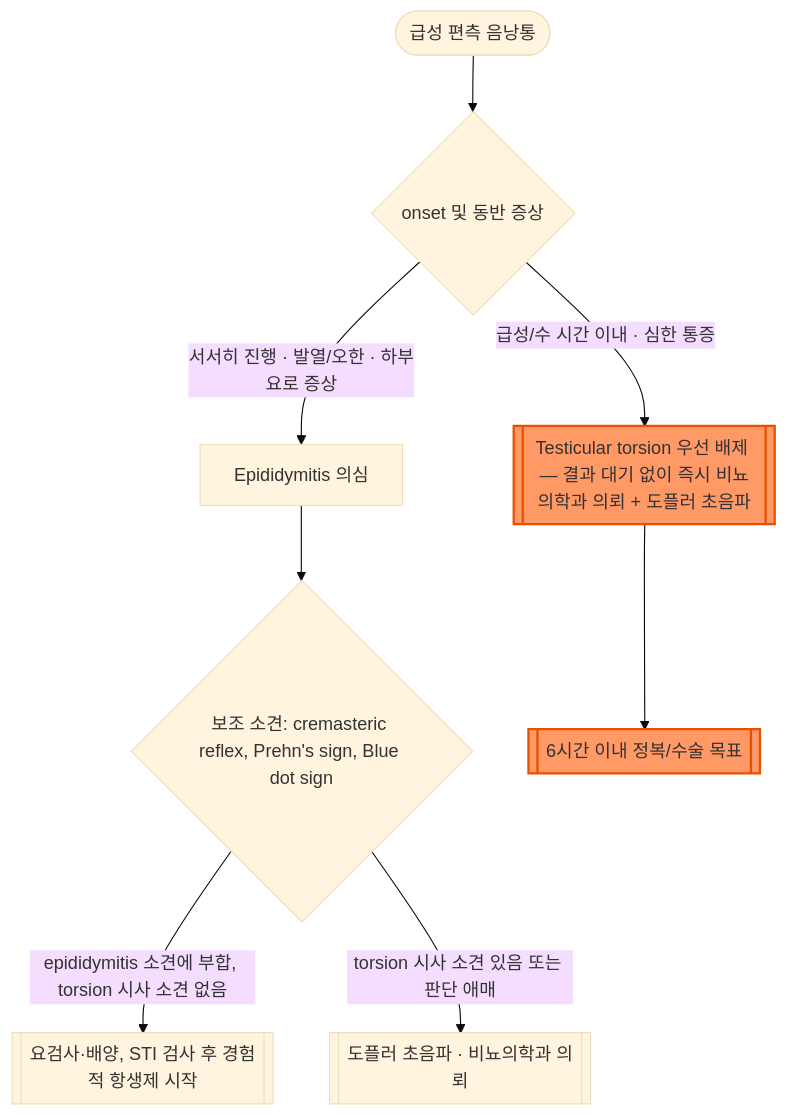
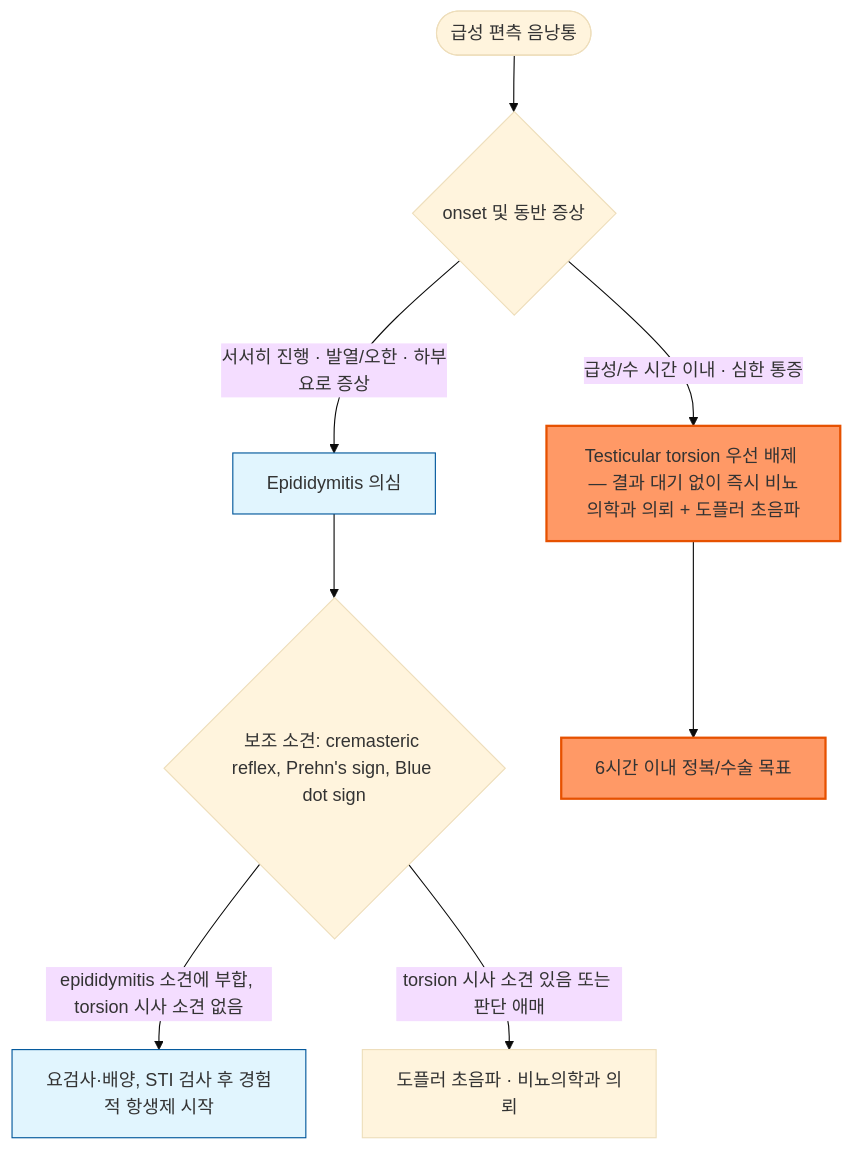
Before and after one commit to familyoh77/familyoh77: the diagram in 227_/121_-acute-epididymitis.md, drawn with Mermaid (base theme).

````diff
--- a/227_/121_-acute-epididymitis.md
+++ b/227_/121_-acute-epididymitis.md
@@ -98,12 +98,14 @@
 ```mermaid
 graph TD
-    A([급성 편측 음낭통]) --> B{onset 및 동반 증상}
-    B -->|급성/수 시간 이내 · 심한 통증| D[[Testicular torsion 우선 배제 — 결과 대기 없이 즉시 비뇨의학과 의뢰 + 도플러 초음파]]
-    B -->|서서히 진행 · 발열/오한 · 하부요로 증상| F[Epididymitis 의심]
-    F --> C{보조 소견: cremasteric reflex, Prehn's sign, Blue dot sign}
-    C -->|epididymitis 소견에 부합, torsion 시사 소견 없음| J[[요검사·배양, STI 검사 후 경험적 항생제 시작]]
-    C -->|torsion 시사 소견 있음 또는 판단 애매| H[[도플러 초음파 · 비뇨의학과 의뢰]]
-    D --> I[[6시간 이내 정복/수술 목표]]
-    style D fill:#f96,stroke:#e65100,stroke-width:2px
-    style I fill:#f96,stroke:#e65100,stroke-width:2px
+    Start([급성 편측 음낭통]) --> Onset{onset 및 동반 증상}
+    Onset -->|급성/수 시간 이내 · 심한 통증| Torsion[Testicular torsion 우선 배제 — 결과 대기 없이 즉시 비뇨의학과 의뢰 + 도플러 초음파]
+    Onset -->|서서히 진행 · 발열/오한 · 하부요로 증상| Epi[Epididymitis 의심]
+    Epi --> Adjunct{보조 소견: cremasteric reflex, Prehn's sign, Blue dot sign}
+    Adjunct -->|epididymitis 소견에 부합, torsion 시사 소견 없음| Treat[요검사·배양, STI 검사 후 경험적 항생제 시작]
+    Adjunct -->|torsion 시사 소견 있음 또는 판단 애매| Refer[도플러 초음파 · 비뇨의학과 의뢰]
+    Torsion --> Surgery[6시간 이내 정복/수술 목표]
+    style Torsion fill:#f96,stroke:#e65100,stroke-width:2px
+    style Surgery fill:#f96,stroke:#e65100,stroke-width:2px
+    style Epi fill:#e1f5fe,stroke:#01579b
+    style Treat fill:#e1f5fe,stroke:#01579b
 ```
````
